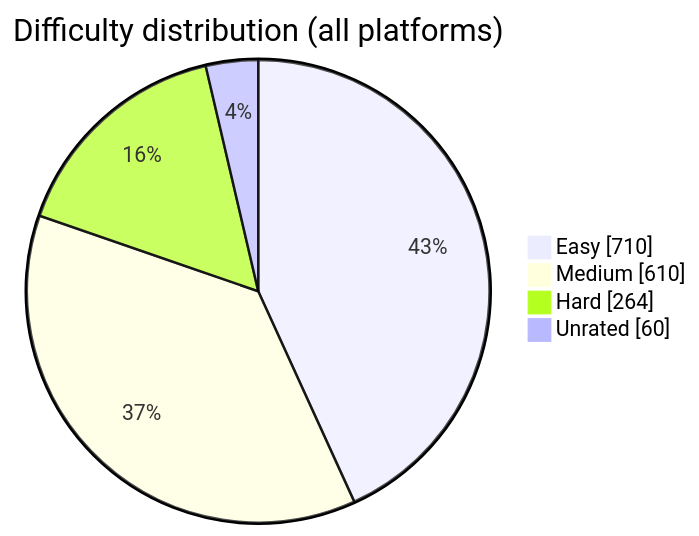
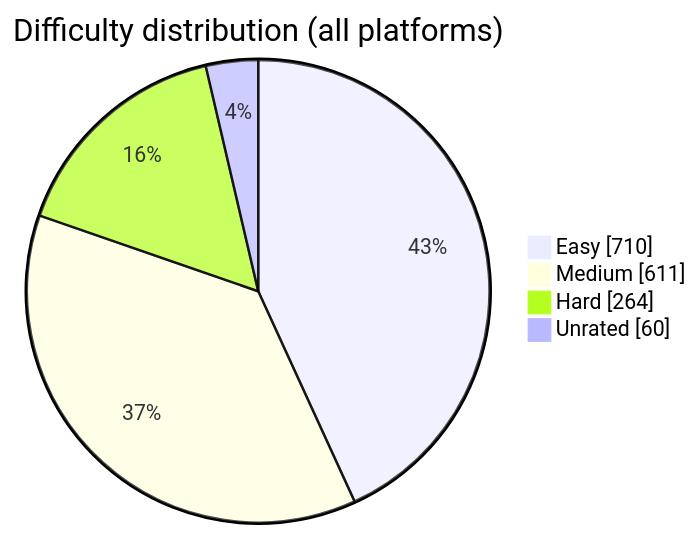
The diagram in README.md (BuildbyArindam/Daily-Coding-Log), drawn with Mermaid before and after one commit. The commit also changed other lines of this file, not shown here.

````diff
--- a/README.md
+++ b/README.md
@@ -93,7 +93,7 @@
 ```mermaid
 pie showData title Difficulty distribution (all platforms)
     "Easy" : 710
-    "Medium" : 610
+    "Medium" : 611
     "Hard" : 264
     "Unrated" : 60
 ```
````
